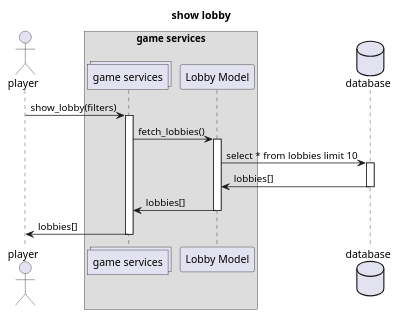
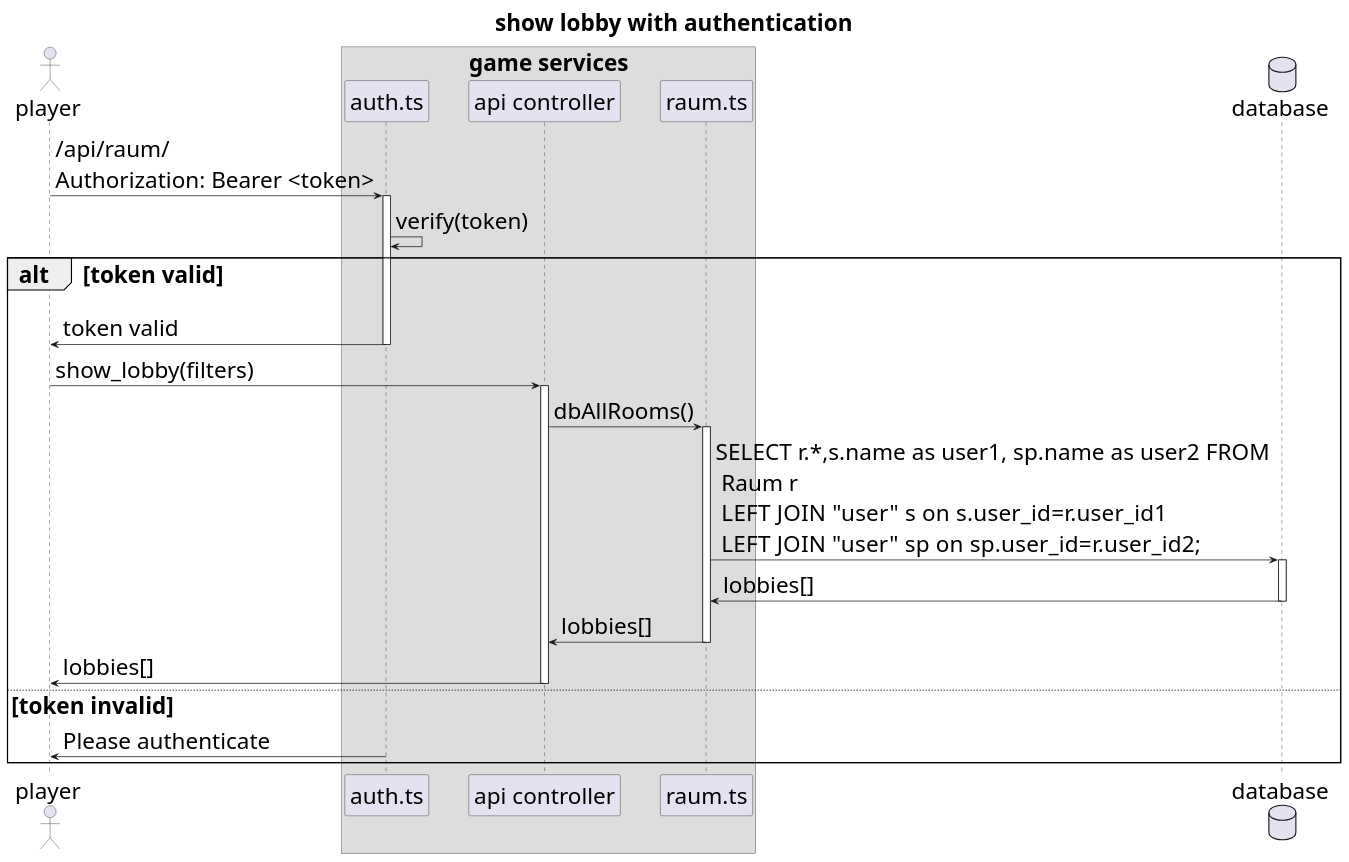
One commit to Maytastico/trash-pong changed the diagram in Doku/Abbildungen/Sequenzdiagram/show_lobby.wsd. Above: the diagram before and after it, drawn with PlantUML. The commit also changed 7 other files, not shown here.

Commit message:
seqence diagrams added

```diff
--- a/Doku/Abbildungen/Sequenzdiagram/show_lobby.wsd
+++ b/Doku/Abbildungen/Sequenzdiagram/show_lobby.wsd
@@ -1,34 +1,40 @@
 @startuml
-title "show lobby"
+title "show lobby with authentication"
+skinparam defaultFontSize 30
+skinparam componentFontSize 30
+skinparam actorFontSize 30
+skinparam noteFontSize 30
+skinparam sequenceParticipantFontSize 30
+skinparam sequenceMessageFontSize 30
+skinparam titleFontSize 30
 actor player
-' box "player services"
-' collections "player services" as ps
-' participant "Sessions" as sess
-' participant "User" as usr 
-' end box
 box "game services"
-collections "game services" as gs
-participant "Lobby Model" as lo
+participant "auth.ts" as auth
+participant "api controller" as gs
+participant "raum.ts" as lo
 end box
 database database as db
 
-player -> gs: show_lobby(filters)
-activate gs
-gs->lo: fetch_lobbies()
-activate lo
-lo -> db: select * from lobbies limit 10
-activate db
-db -> lo: lobbies[]
-deactivate db
-lo -> gs: lobbies[]
-deactivate lo
-gs -> player: lobbies[]
-deactivate gs
-
-
-
-
-' else l>obby[0].
-' else lobbies[0].max_players < \n (lobbies.current_player+1)
-'     gs -> player: ThrowException("Lobby Full")
+player -> auth: /api/raum/\nAuthorization: Bearer <token>
+activate auth
+auth -> auth: verify(token)
+alt token valid
+    auth -> player: token valid
+    deactivate auth
+    player -> gs: show_lobby(filters)
+    activate gs
+    gs -> lo: dbAllRooms()
+    activate lo
+    lo -> db: SELECT r.*,s.name as user1, sp.name as user2 FROM\n Raum r \n LEFT JOIN "user" s  on s.user_id=r.user_id1 \n LEFT  JOIN "user" sp on sp.user_id=r.user_id2;
+    activate db
+    db -> lo: lobbies[]
+    deactivate db
+    lo -> gs: lobbies[]
+    deactivate lo
+    gs -> player: lobbies[]
+    deactivate gs
+else token invalid
+    auth -> player: Please authenticate
+    deactivate auth
+end
 @enduml
```
